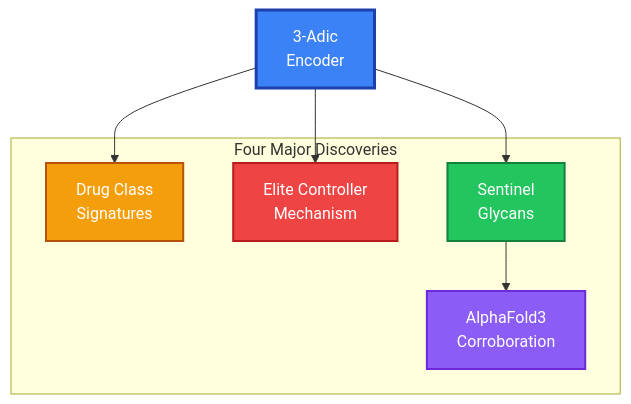
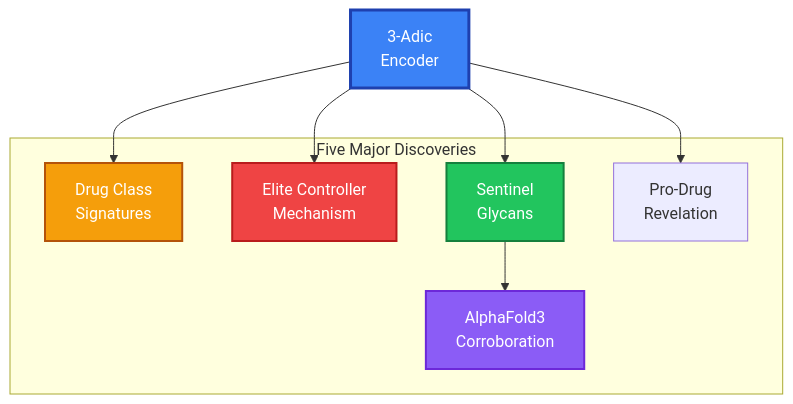
The sixth of 22 diagrams in README.md (IvanWeissVanDerPol/HIV-Research), drawn with Mermaid before and after one commit. The commit also changed other lines of this file and 8 other files, not shown here.

````diff
--- a/README.md
+++ b/README.md
@@ -217,18 +217,19 @@
 ```mermaid
 flowchart TB
-    subgraph DISCOVERIES[" Four Major Discoveries "]
+    subgraph DISCOVERIES[" Five Major Discoveries "]
         D1["Drug Class<br/>Signatures"]
         D2["Elite Controller<br/>Mechanism"]
         D3["Sentinel<br/>Glycans"]
         D4["AlphaFold3<br/>Corroboration"]
+        D5["Pro-Drug<br/>Revelation"]
     end
 
-    PADIC["3-Adic<br/>Encoder"] --> D1 & D2 & D3
+    PADIC["3-Adic<br/>Encoder"] --> D1 & D2 & D3 & D5
     D3 --> D4
 
     style PADIC fill:#3b82f6,stroke:#1e40af,color:#ffffff,stroke-width:3px
     style D1 fill:#f59e0b,stroke:#b45309,color:#ffffff,stroke-width:2px
     style D2 fill:#ef4444,stroke:#b91c1c,color:#ffffff,stroke-width:2px
     style D3 fill:#22c55e,stroke:#15803d,color:#ffffff,stroke-width:2px
     style D4 fill:#8b5cf6,stroke:#6d28d9,color:#ffffff,stroke-width:2px
 ```
````
